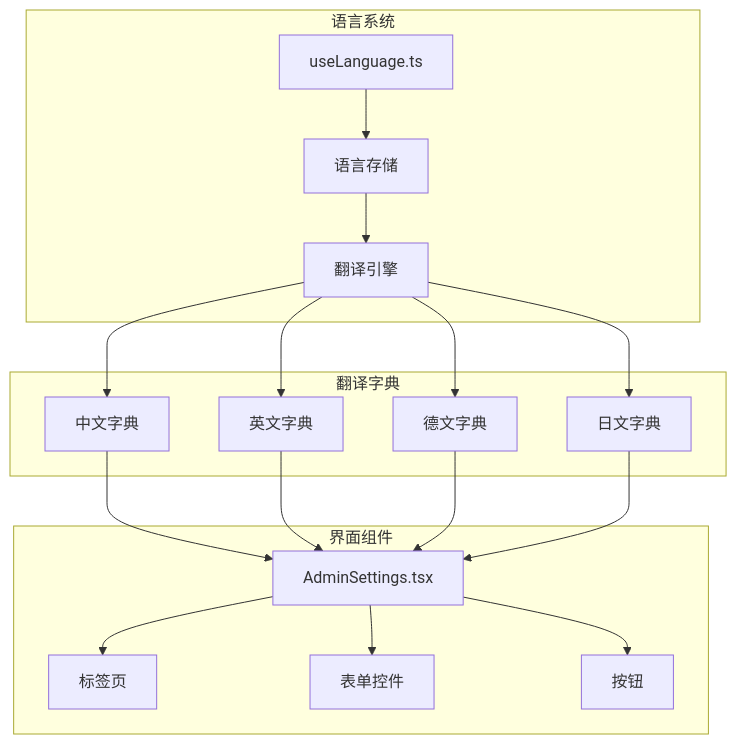
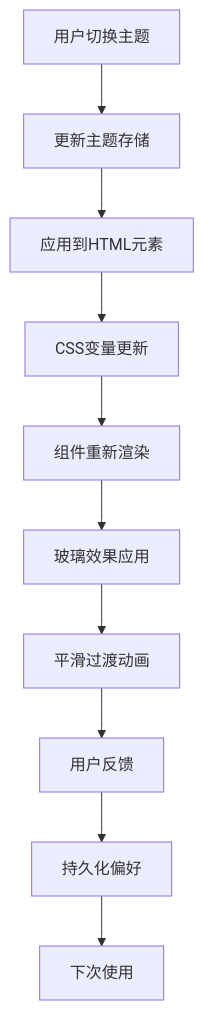
Diagram 14 of 17 in .qoder/repowiki/zh/content/Admin Settings Component.md (CubeEdge/Longhorn), drawn with Mermaid before and after one commit. The commit also changed other lines of this file and 53 other files, not shown here.

````diff
--- a/.qoder/repowiki/zh/content/Admin Settings Component.md
+++ b/.qoder/repowiki/zh/content/Admin Settings Component.md
@@ -658,33 +800,12 @@
 ```mermaid
-graph TB
-subgraph "语言系统"
-LanguageHook[useLanguage.ts]
-LanguageStore[语言存储]
-TranslationEngine[翻译引擎]
-end
-subgraph "翻译字典"
-ChineseDict[中文字典]
-EnglishDict[英文字典]
-GermanDict[德文字典]
-JapaneseDict[日文字典]
-end
-subgraph "界面组件"
-AdminSettings[AdminSettings.tsx]
-Tabs[标签页]
-Forms[表单控件]
-Buttons[按钮]
-end
-LanguageHook --> LanguageStore
-LanguageStore --> TranslationEngine
-TranslationEngine --> ChineseDict
-TranslationEngine --> EnglishDict
-TranslationEngine --> GermanDict
-TranslationEngine --> JapaneseDict
-ChineseDict --> AdminSettings
-EnglishDict --> AdminSettings
-GermanDict --> AdminSettings
-JapaneseDict --> AdminSettings
-AdminSettings --> Tabs
-AdminSettings --> Forms
-AdminSettings --> Buttons
+flowchart TD
+UserAction[用户切换主题] --> StoreUpdate[更新主题存储]
+StoreUpdate --> DOMApply[应用到HTML元素]
+DOMApply --> CSSVars[CSS变量更新]
+CSSVars --> ComponentRender[组件重新渲染]
+ComponentRender --> GlassEffect[玻璃效果应用]
+GlassEffect --> SmoothTransition[平滑过渡动画]
+SmoothTransition --> UserFeedback[用户反馈]
+UserFeedback --> PersistPreference[持久化偏好]
+PersistPreference --> NextUse[下次使用]
 ```
````
